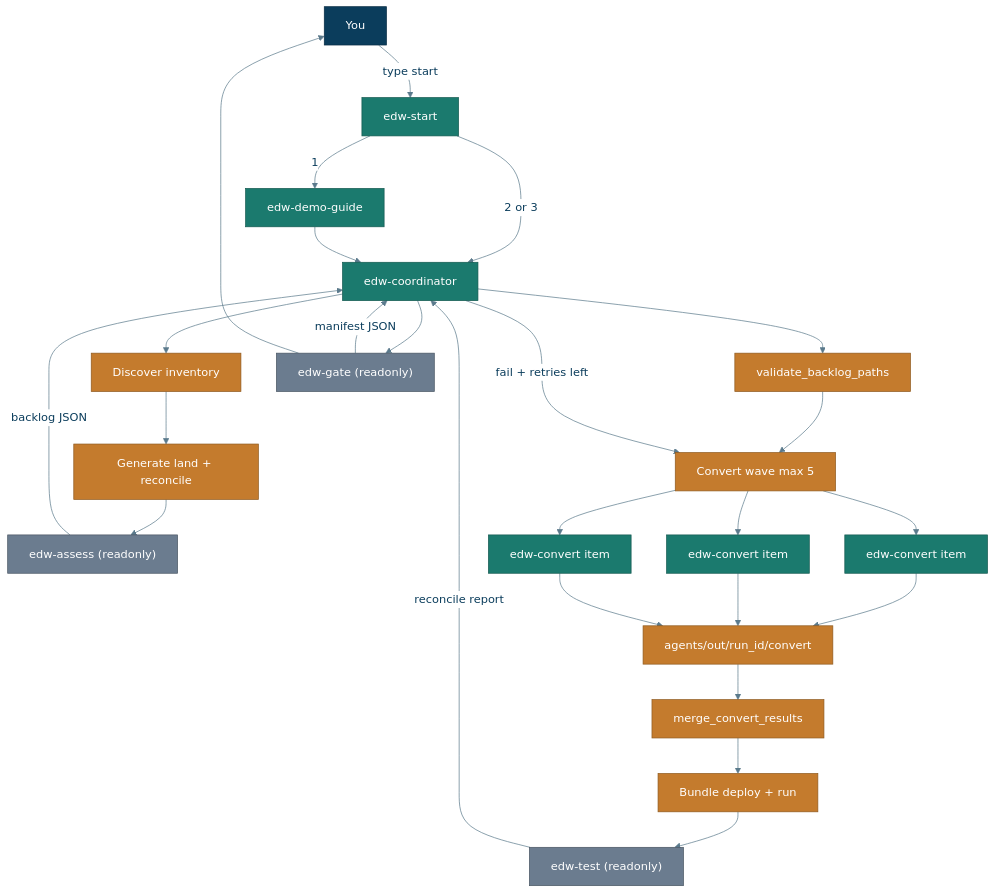
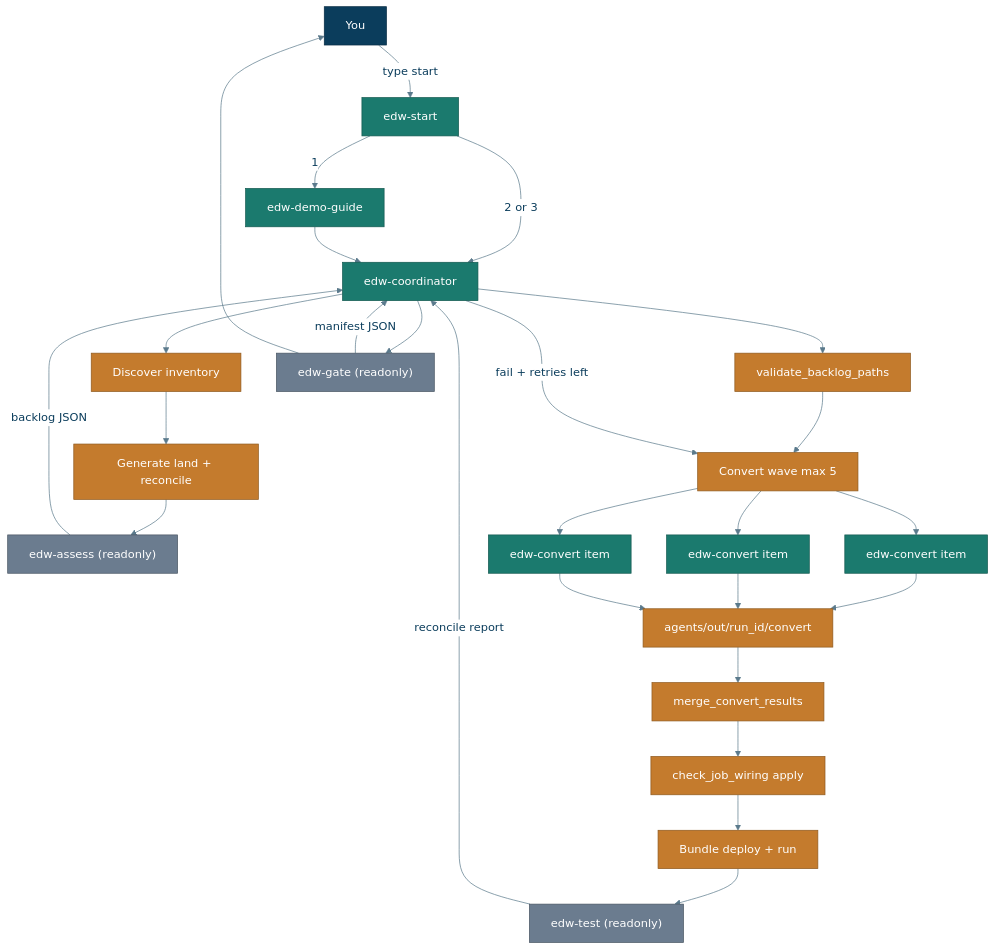
Before and after one commit to Jericho2010/edwmigration: the diagram in docs/img/agent_delegation.mmd, drawn with Mermaid. The commit also changed 124 other files, not shown here.

```diff
--- a/docs/img/agent_delegation.mmd
+++ b/docs/img/agent_delegation.mmd
@@ -1,36 +1,37 @@
 %%{init: {"theme":"base","themeVariables":{"primaryColor":"#E8F1F8","primaryTextColor":"#0B3D5C","primaryBorderColor":"#0B3D5C","lineColor":"#5B7A8C","secondaryColor":"#E6F4F1","tertiaryColor":"#F7F3EA","background":"#FFFFFF","mainBkg":"#E8F1F8","clusterBkg":"#F7FAFC","clusterBorder":"#5B7A8C","titleColor":"#0B3D5C","edgeLabelBackground":"#FFFFFF"}}}%%
 flowchart TD
   User["You"] -->|"type start"| Start["edw-start"]
   Start -->|"1"| Guide["edw-demo-guide"]
   Start -->|"2 or 3"| Coord["edw-coordinator"]
   Guide --> Coord
   Coord --> Discover["Discover inventory"]
   Discover --> Generate["Generate land + reconcile"]
   Generate --> Assess["edw-assess (readonly)"]
   Assess -->|"backlog JSON"| Coord
   Coord --> Validate["validate_backlog_paths"]
   Validate --> Wave["Convert wave max 5"]
   Wave --> C1["edw-convert item"]
   Wave --> C2["edw-convert item"]
   Wave --> Cn["edw-convert item"]
   C1 --> Results["agents/out/run_id/convert"]
   C2 --> Results
   Cn --> Results
   Results --> Merge["merge_convert_results"]
-  Merge --> DeployRun["Bundle deploy + run"]
+  Merge --> Wire["check_job_wiring apply"]
+  Wire --> DeployRun["Bundle deploy + run"]
   DeployRun --> Test["edw-test (readonly)"]
   Test -->|"reconcile report"| Coord
   Coord --> Gate["edw-gate (readonly)"]
   Gate -->|"manifest JSON"| Coord
   Coord -->|"fail + retries left"| Wave
   Gate --> User
 
   classDef user fill:#0B3D5C,stroke:#082C43,color:#fff
   classDef agent fill:#1B7A6E,stroke:#145A51,color:#fff
   classDef readonly fill:#6B7C8F,stroke:#4A5663,color:#fff
   classDef work fill:#C47B2D,stroke:#8F5A1F,color:#fff
 
   class User user
   class Start,Guide,Coord,C1,C2,Cn agent
   class Assess,Test,Gate readonly
-  class Discover,Generate,DeployRun,Validate,Merge,Wave,Results work
+  class Discover,Generate,DeployRun,Validate,Merge,Wire,Wave,Results work
```
